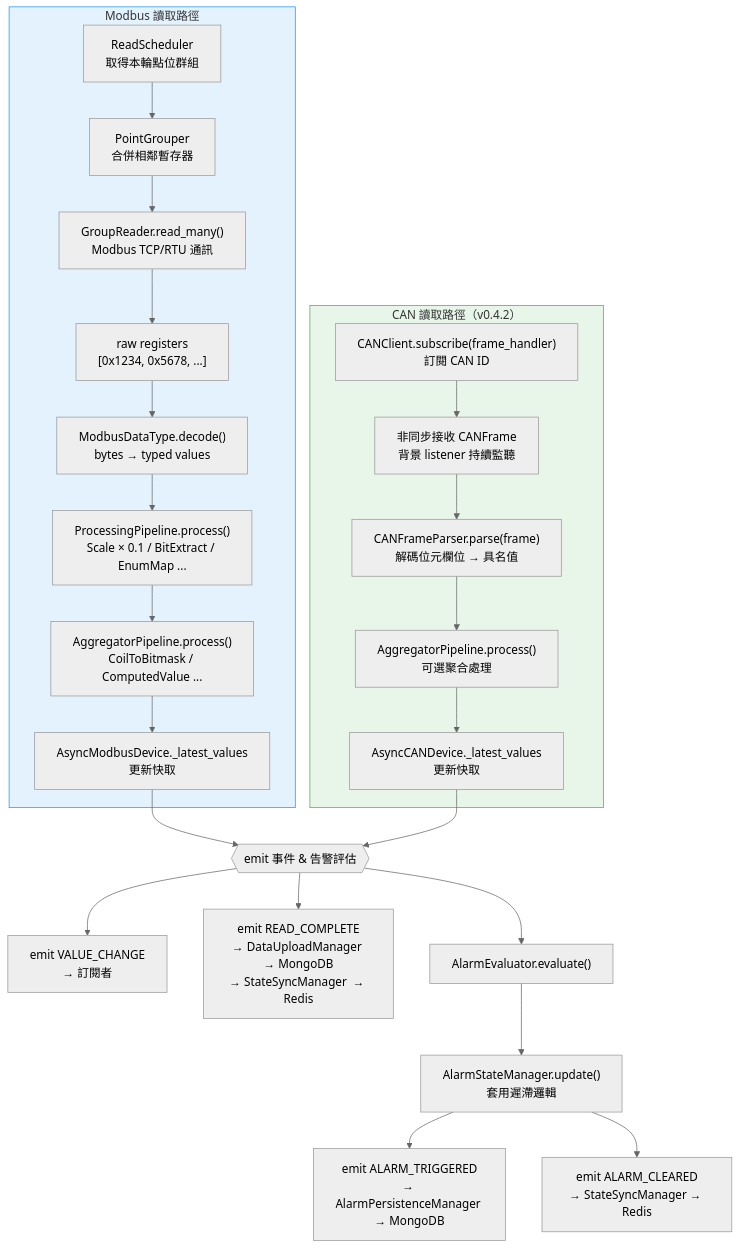
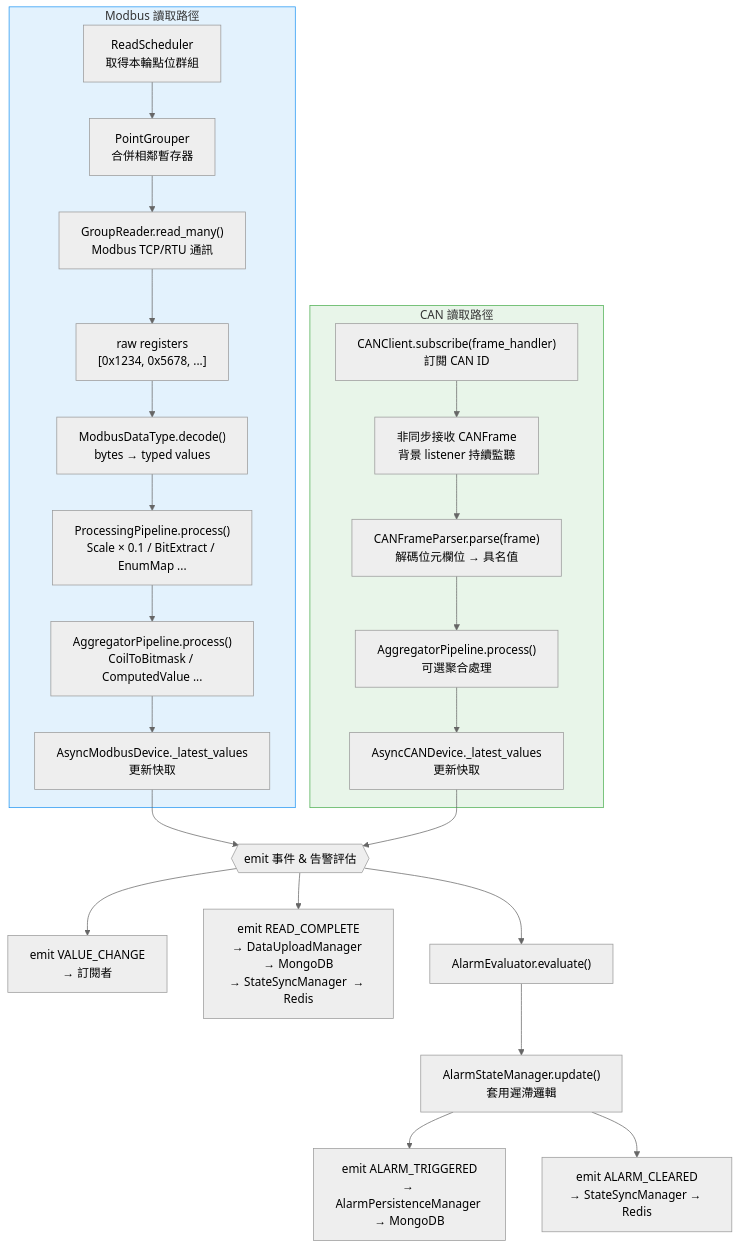
The first of 4 diagrams in docs/01-Architecture/Data Flow.md (csp0924/csplib), drawn with Mermaid (neutral theme) before and after one commit. The commit also changed other lines of this file and 15 other files, not shown here.

First line of the commit message:
docs(guides): audit Architecture + Guides + Home.md (DOC-083)

````diff
--- a/docs/01-Architecture/Data Flow.md
+++ b/docs/01-Architecture/Data Flow.md
@@ -14,33 +14,33 @@
 ```mermaid
 flowchart TD
     subgraph Modbus路徑["Modbus 讀取路徑"]
         RS["ReadScheduler\n取得本輪點位群組"] --> PG["PointGrouper\n合併相鄰暫存器"]
         PG --> GR["GroupReader.read_many()\nModbus TCP/RTU 通訊"]
         GR --> RAW["raw registers\n[0x1234, 0x5678, ...]"]
         RAW --> DEC["ModbusDataType.decode()\nbytes → typed values"]
         DEC --> PP["ProcessingPipeline.process()\nScale × 0.1 / BitExtract / EnumMap ..."]
         PP --> AGG["AggregatorPipeline.process()\nCoilToBitmask / ComputedValue ..."]
         AGG --> LV_M["AsyncModbusDevice._latest_values\n更新快取"]
     end
 
-    subgraph CAN路徑["CAN 讀取路徑（v0.4.2）"]
+    subgraph CAN路徑["CAN 讀取路徑"]
         SUB["CANClient.subscribe(frame_handler)\n訂閱 CAN ID"] --> RECV["非同步接收 CANFrame\n背景 listener 持續監聽"]
         RECV --> PARSE["CANFrameParser.parse(frame)\n解碼位元欄位 → 具名值"]
         PARSE --> AGG_CAN["AggregatorPipeline.process()\n可選聚合處理"]
         AGG_CAN --> LV_C["AsyncCANDevice._latest_values\n更新快取"]
     end
 
     LV_M --> MERGE{{"emit 事件 & 告警評估"}}
     LV_C --> MERGE
 
     MERGE --> VC["emit VALUE_CHANGE\n→ 訂閱者"]
     MERGE --> RC["emit READ_COMPLETE\n→ DataUploadManager → MongoDB\n→ StateSyncManager  → Redis"]
     MERGE --> AE["AlarmEvaluator.evaluate()"]
 
     AE --> AS["AlarmStateManager.update()\n套用遲滯邏輯"]
     AS --> AT["emit ALARM_TRIGGERED\n→ AlarmPersistenceManager → MongoDB"]
     AS --> AC["emit ALARM_CLEARED\n→ StateSyncManager → Redis"]
 
     style CAN路徑 fill:#e8f5e9,stroke:#4CAF50
     style Modbus路徑 fill:#e3f2fd,stroke:#2196F3
 ```
````
